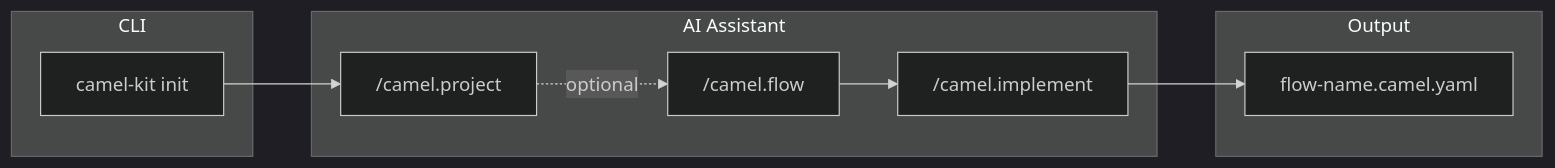
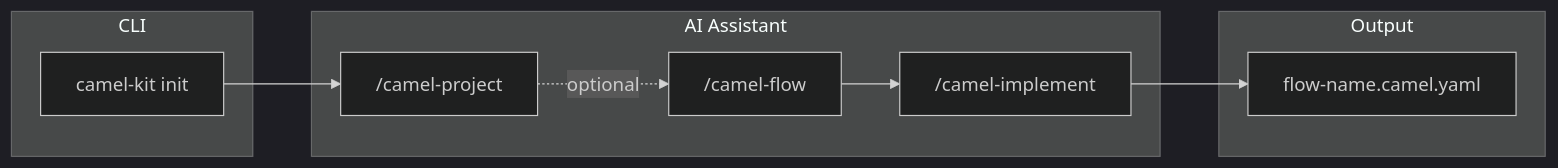
One commit to luigidemasi/camel-kit changed the first of 2 diagrams in README.md. Above: the diagram before and after it, drawn with Mermaid (dark theme). The commit also changed other lines of this file and 59 other files, not shown here.

````diff
--- a/README.md
+++ b/README.md
@@ -17,19 +17,19 @@
 ```mermaid
 flowchart LR
     subgraph CLI
         A[camel-kit init]
     end
     subgraph "AI Assistant"
-        B["/camel.project"]
-        C["/camel.flow"]
-        D["/camel.implement"]
+        B["/camel-project"]
+        C["/camel-flow"]
+        D["/camel-implement"]
     end
     subgraph Output
         E["flow-name.camel.yaml"]
     end
 
     A --> B
     B -.->|optional| C
     C --> D
     D --> E
 ```
````
